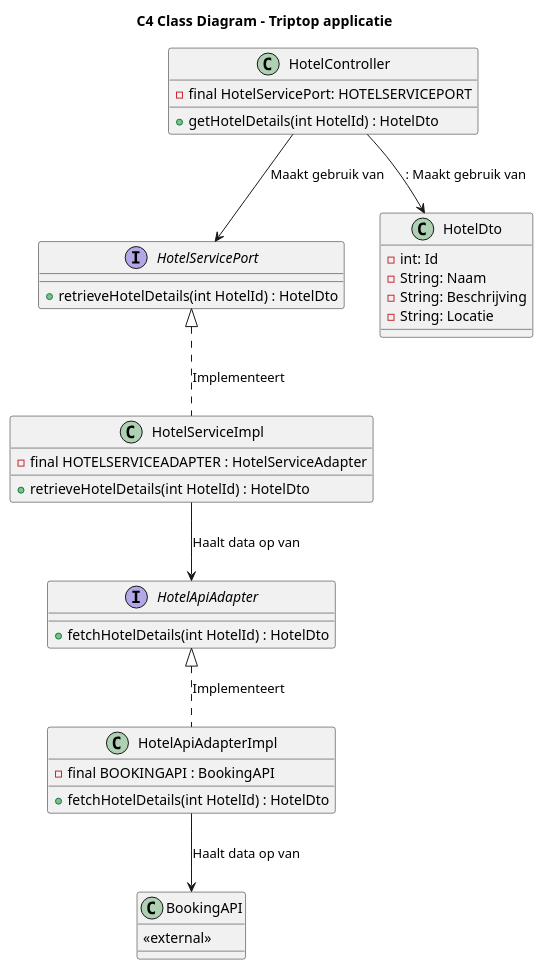
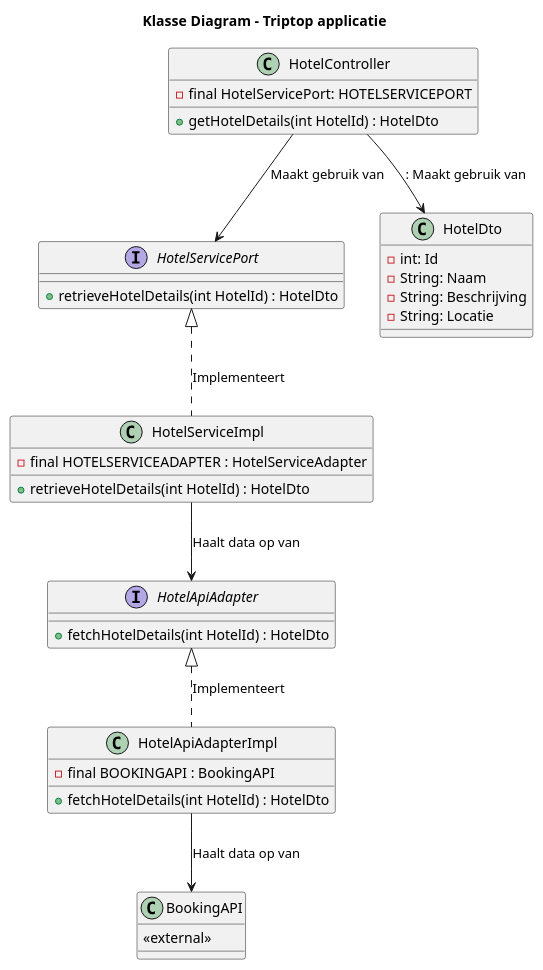
The diagram in opdracht-diagrammen/C4-Diagrammen/C4-Class-Diagram-Jamiro.puml (AIM-ENE-feb25/triptop-peak-performers-groep-1), drawn with PlantUML before and after one commit. The commit also changed 10 other files, not shown here.

Commit message:
Kleine verandringen in veel diagrammen

```diff
--- a/opdracht-diagrammen/C4-Diagrammen/C4-Class-Diagram-Jamiro.puml
+++ b/opdracht-diagrammen/C4-Diagrammen/C4-Class-Diagram-Jamiro.puml
@@ -1,48 +1,48 @@
 @startuml
-title C4 Class Diagram - Triptop applicatie
+title Klasse Diagram - Triptop applicatie
 
 class HotelController {
     - final HotelServicePort: HOTELSERVICEPORT
     + getHotelDetails(int HotelId) : HotelDto
 }
 
 interface HotelServicePort {
     + retrieveHotelDetails(int HotelId) : HotelDto
 }
 
 class HotelDto {
     - int: Id
     - String: Naam
     - String: Beschrijving
     - String: Locatie
 }
 
 class HotelServiceImpl {
     - final HOTELSERVICEADAPTER : HotelServiceAdapter
     + retrieveHotelDetails(int HotelId) : HotelDto
 }
 
 interface HotelApiAdapter {
     + fetchHotelDetails(int HotelId) : HotelDto
 }
 
 class HotelApiAdapterImpl {
     - final BOOKINGAPI : BookingAPI
     + fetchHotelDetails(int HotelId) : HotelDto
 }
 
 class BookingAPI {
     <<external>>
 }
 
 
 
 HotelController --> HotelServicePort : Maakt gebruik van
 HotelController --> HotelDto : : Maakt gebruik van
 
 HotelServicePort <|.. HotelServiceImpl : Implementeert
 HotelApiAdapter <|.. HotelApiAdapterImpl : Implementeert
 
 HotelServiceImpl --> HotelApiAdapter : Haalt data op van
 HotelApiAdapterImpl --> BookingAPI : Haalt data op van
 @enduml
```
